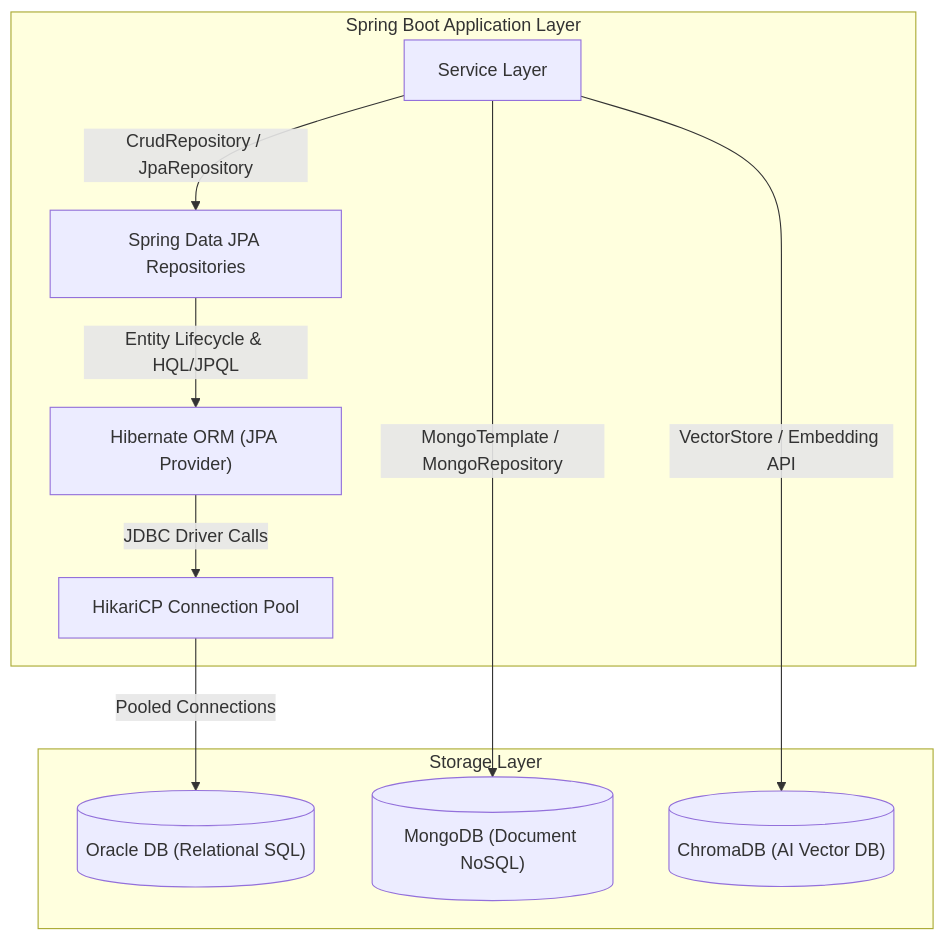
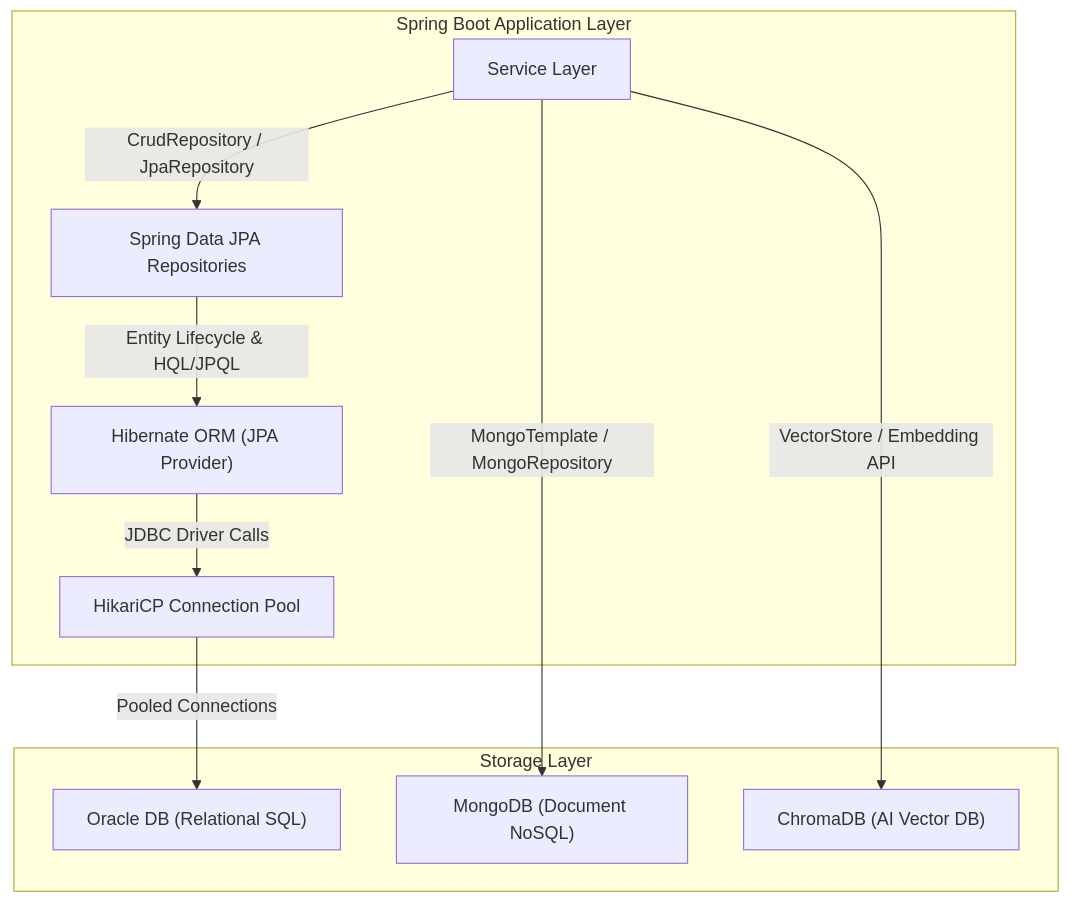
One commit to roy0111/springbootpractice changed the seventh of 7 diagrams in README.md. Above: the diagram before and after it, drawn with Mermaid. The commit also changed 1 other file, not shown here.

Commit message:
fix: replace cylinder node syntax [(...)] with standard box nodes in Mermaid diagrams to fix GitHub render error

````diff
--- a/README.md
+++ b/README.md
@@ -540,23 +540,23 @@
 ```mermaid
 flowchart TD
     subgraph SpringApp["Spring Boot Application Layer"]
         Service["Service Layer"]
         SpringJPA["Spring Data JPA Repositories"]
         Hibernate["Hibernate ORM (JPA Provider)"]
         HikariPool["HikariCP Connection Pool"]
     end
 
     subgraph DataStores["Storage Layer"]
-        OracleDB[("Oracle DB (Relational SQL)")]
-        MongoDB[("MongoDB (Document NoSQL)")]
-        ChromaDB[("ChromaDB (AI Vector DB)")]
+        OracleDB["Oracle DB (Relational SQL)"]
+        MongoDB["MongoDB (Document NoSQL)"]
+        ChromaDB["ChromaDB (AI Vector DB)"]
     end
 
     Service -->|CrudRepository / JpaRepository| SpringJPA
     SpringJPA -->|Entity Lifecycle & HQL/JPQL| Hibernate
     Hibernate -->|JDBC Driver Calls| HikariPool
     HikariPool -->|Pooled Connections| OracleDB
 
     Service -->|MongoTemplate / MongoRepository| MongoDB
     Service -->|VectorStore / Embedding API| ChromaDB
 ```
````
